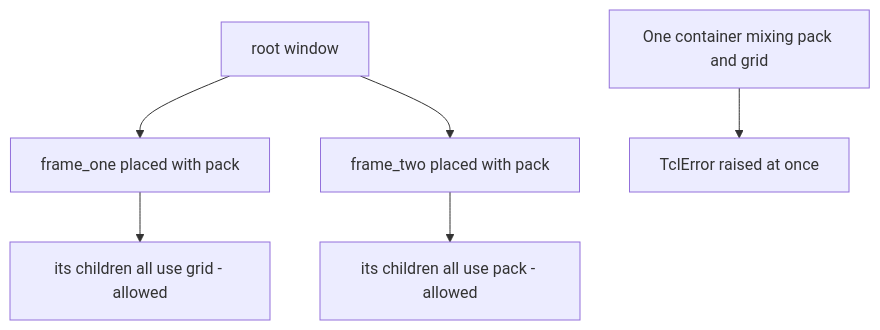
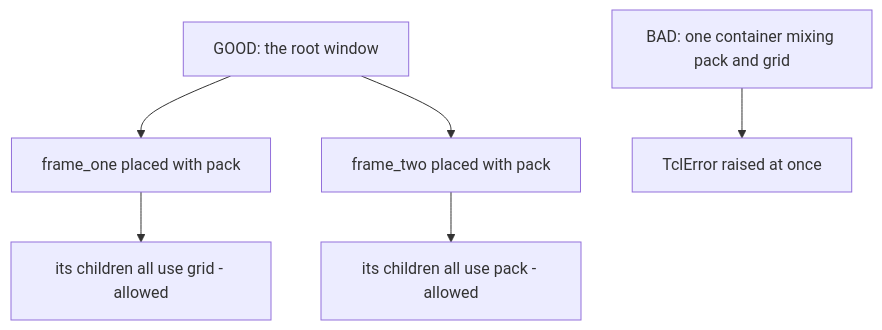
Before and after one commit to ag999git/001-mkdocs: the first of 2 diagrams in docs/14-tkinter/095-ch14-conceptual-qa.md, drawn with Mermaid. The commit also changed other lines of this file, not shown here.

````diff
--- a/docs/14-tkinter/095-ch14-conceptual-qa.md
+++ b/docs/14-tkinter/095-ch14-conceptual-qa.md
@@ -303,8 +303,8 @@
 ```mermaid
 flowchart TD
-    A[root window] --> B[frame_one placed with pack]
-    A --> C[frame_two placed with pack]
-    B --> D[its children all use grid - allowed]
-    C --> E[its children all use pack - allowed]
-    F[One container mixing pack and grid] --> G[TclError raised at once]
+    A["GOOD: the root window"] --> B["frame_one placed with pack"]
+    A --> C["frame_two placed with pack"]
+    B --> D["its children all use grid - allowed"]
+    C --> E["its children all use pack - allowed"]
+    F["BAD: one container mixing pack and grid"] --> G["TclError raised at once"]
 ```
````
